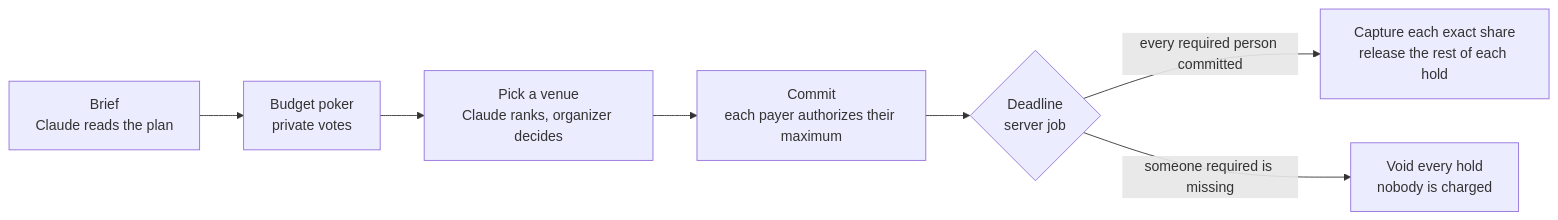
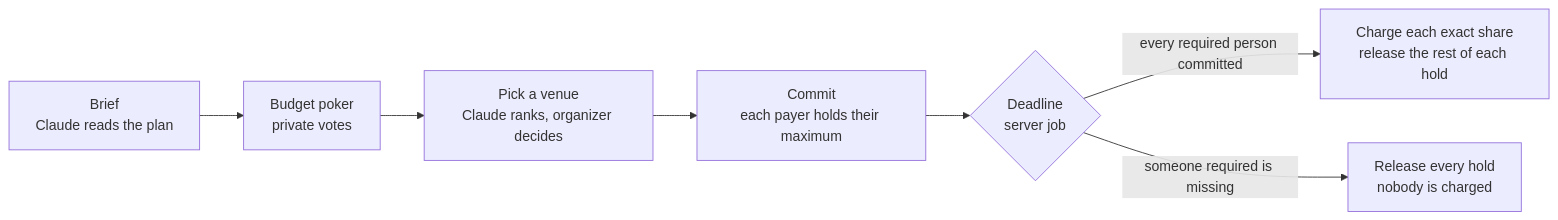
Before and after one commit to Baymoor/PayPal-AI-Hackathon-2026: the diagram in README.md, drawn with Mermaid. The commit also changed other lines of this file and 19 other files, not shown here.

````diff
--- a/README.md
+++ b/README.md
@@ -23,9 +30,9 @@
 ```mermaid
 flowchart LR
   A["Brief<br/>Claude reads the plan"] --> B["Budget poker<br/>private votes"]
   B --> C["Pick a venue<br/>Claude ranks, organizer decides"]
-  C --> D["Commit<br/>each payer authorizes their maximum"]
+  C --> D["Commit<br/>each payer holds their maximum"]
   D --> E{"Deadline<br/>server job"}
-  E -->|"every required person committed"| F["Capture each exact share<br/>release the rest of each hold"]
-  E -->|"someone required is missing"| G["Void every hold<br/>nobody is charged"]
+  E -->|"every required person committed"| F["Charge each exact share<br/>release the rest of each hold"]
+  E -->|"someone required is missing"| G["Release every hold<br/>nobody is charged"]
 ```
````
